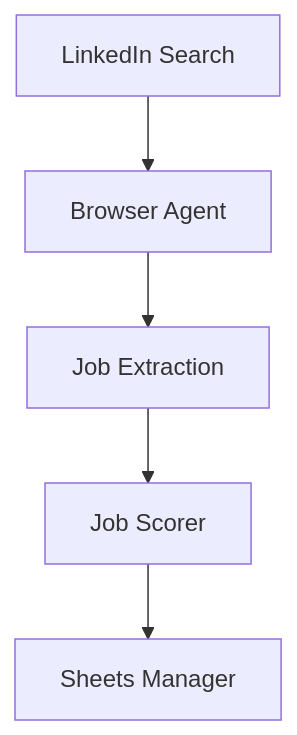
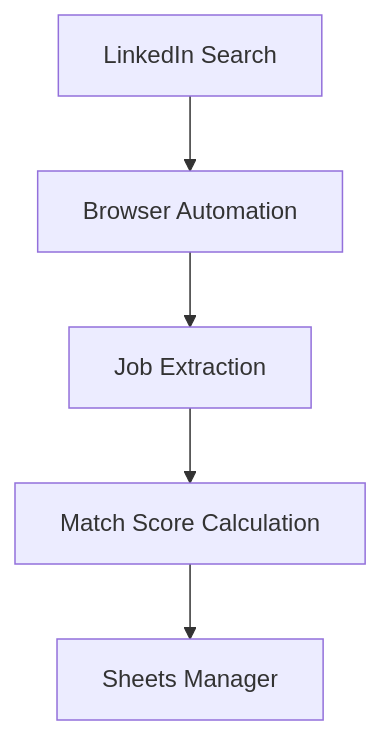
Before and after one commit to rayhagimoto/jobapp: the first of 2 diagrams in docs/architecture.md, drawn with Mermaid. The commit also changed other lines of this file and 7 other files, not shown here.

````diff
--- a/docs/architecture.md
+++ b/docs/architecture.md
@@ -141,7 +109,7 @@
    ```mermaid
    graph TD
-     A[LinkedIn Search] --> B[Browser Agent]
+     A[LinkedIn Search] --> B[Browser Automation]
      B --> C[Job Extraction]
-     C --> D[Job Scorer]
+     C --> D[Match Score Calculation]
      D --> E[Sheets Manager]
    ```
````
